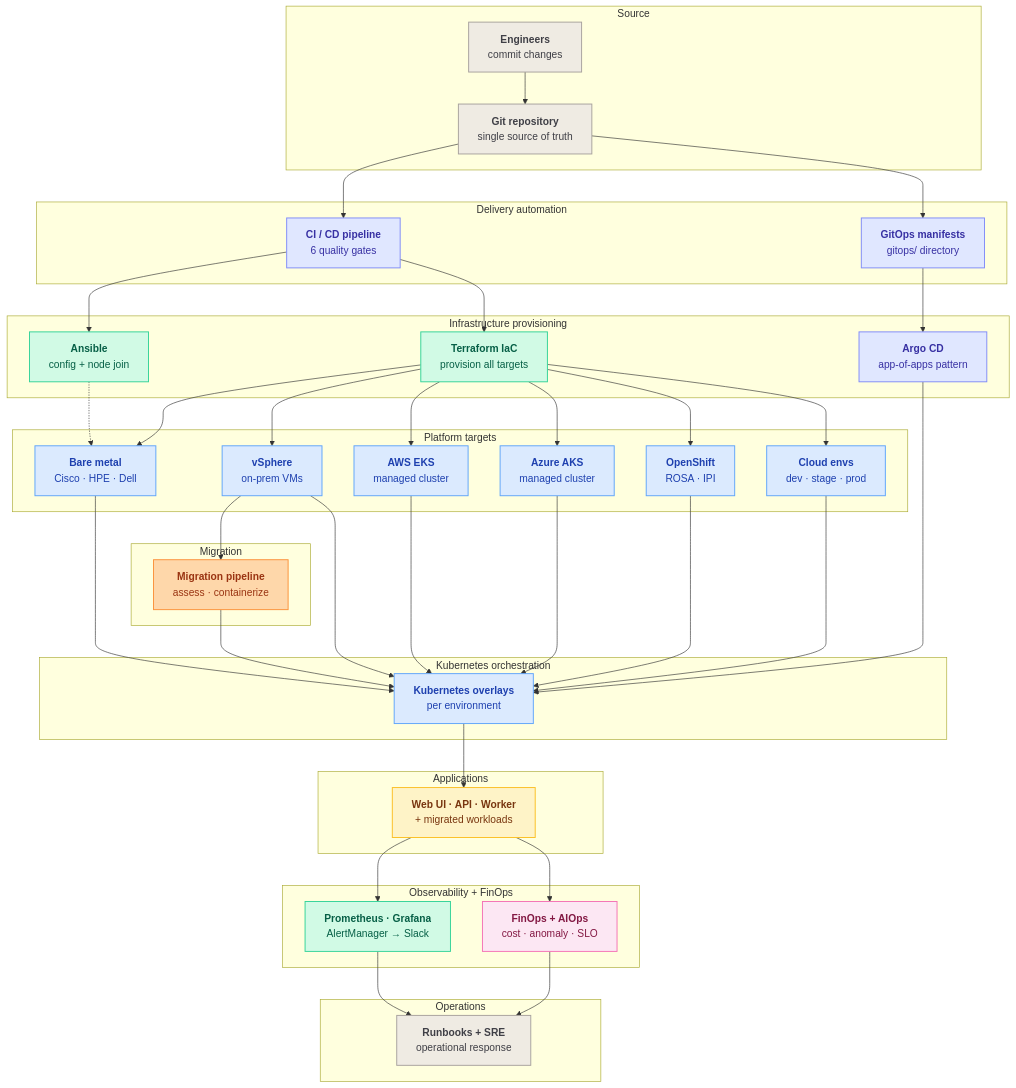
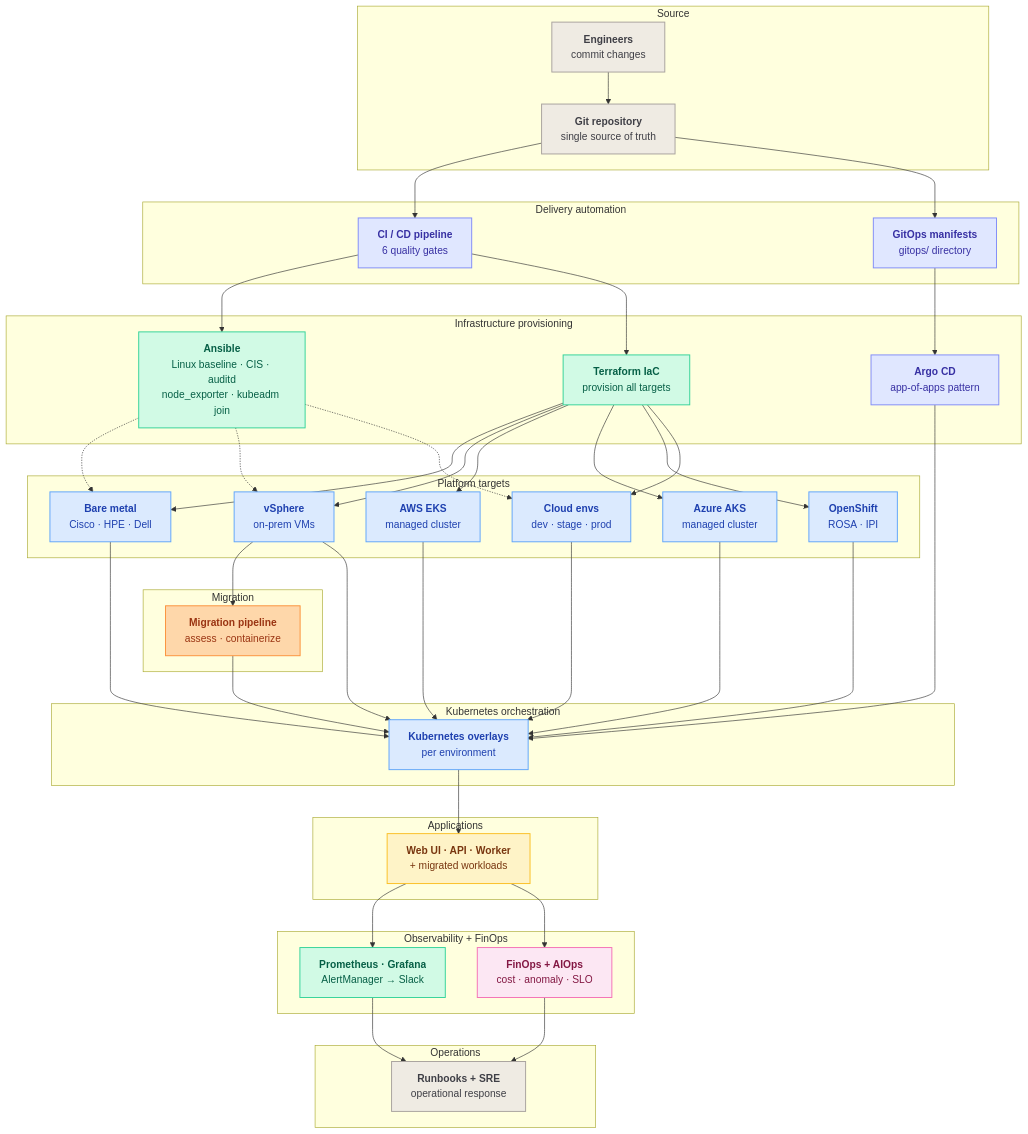
Before and after one commit to Here2ServeU/nawex-hybrid-devops-platform: the diagram in README.md, drawn with Mermaid. The commit also changed other lines of this file and 17 other files, not shown here.

```diff
--- a/README.md
+++ b/README.md
@@ -45,7 +45,7 @@
     end
 
     subgraph INF[Infrastructure provisioning]
-        ANS["<b>Ansible</b><br/>config + node join"]:::infra
+        ANS["<b>Ansible</b><br/>Linux baseline · CIS · auditd<br/>node_exporter · kubeadm join"]:::infra
         TF["<b>Terraform IaC</b><br/>provision all targets"]:::infra
         ARGO["<b>Argo CD</b><br/>app-of-apps pattern"]:::delivery
     end
@@ -87,6 +87,8 @@
     CI --> TF
     GOM --> ARGO
     ANS -.-> BM
+    ANS -.-> VS
+    ANS -.-> CE
     TF --> BM
     TF --> VS
     TF --> EKS
```
